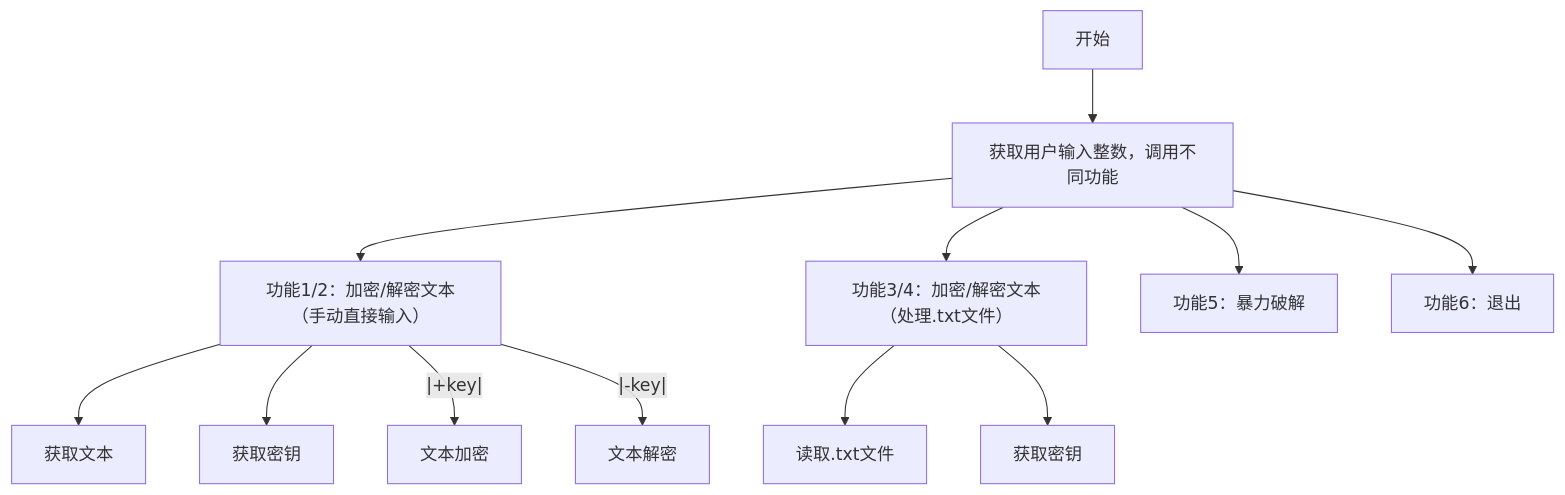
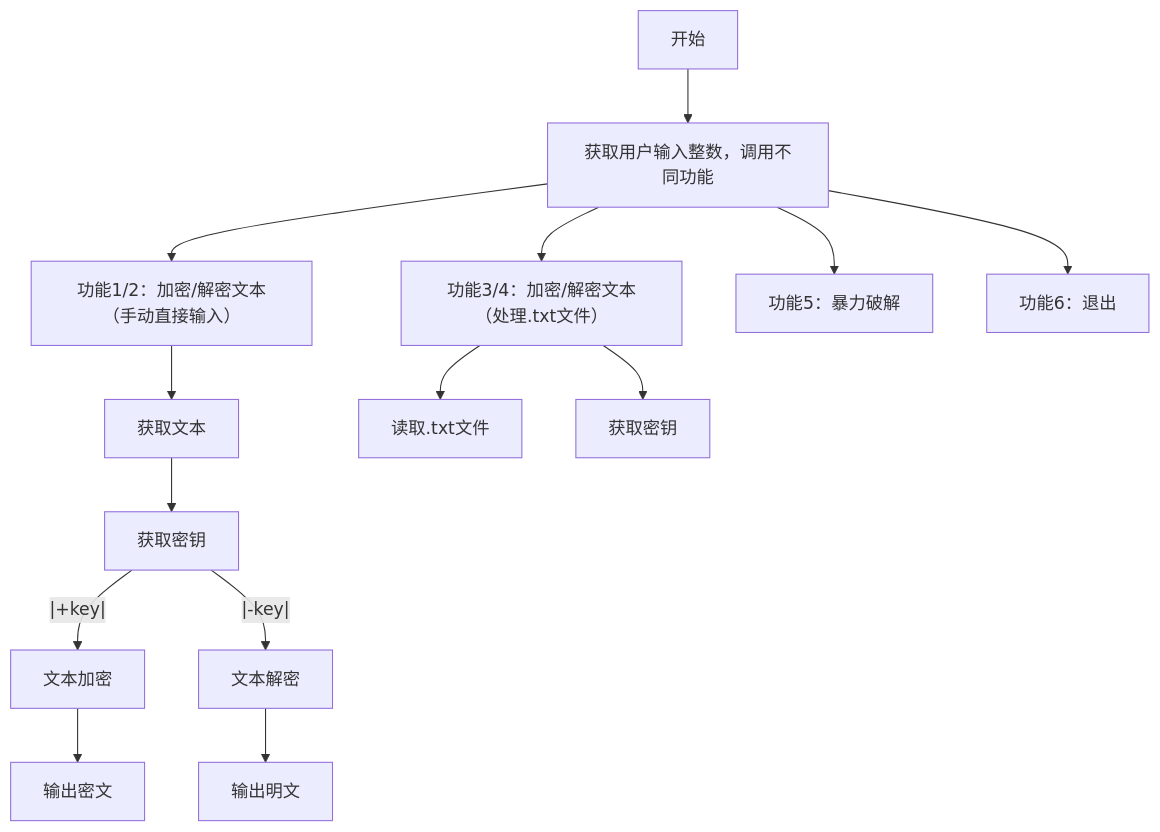
Before and after one commit to Python-Programming-2026/project1-caesar-cipher-super-awesome-team: the diagram in README.md, drawn with Mermaid.

````diff
--- a/README.md
+++ b/README.md
@@ -49,17 +49,20 @@
 ```mermaid
 flowchart TD
   A[开始] --> B[获取用户输入整数，调用不同功能]
   B --> C[功能1/2：加密/解密文本（手动直接输入）]
   B --> E[功能3/4：加密/解密文本（处理.txt文件）]
   B --> G[功能5：暴力破解]
   B --> H[功能6：退出]
 
-  C --> I[获取文本]
-  C --> J[获取密钥]
-  C --|+key|--> K[文本加密]
-  C --|-key|--> L[文本解密]
+  C --> C1[获取文本]
+  C1 --> C2[获取密钥]
+  C2 --|+key|--> C3[文本加密]
+  C2 --|-key|--> C4[文本解密]
+
+  C3 --> C5[输出密文]
+  C4 --> C6[输出明文]
 
   E --> D[读取.txt文件]
   E --> F[获取密钥]
   
   ```
````
